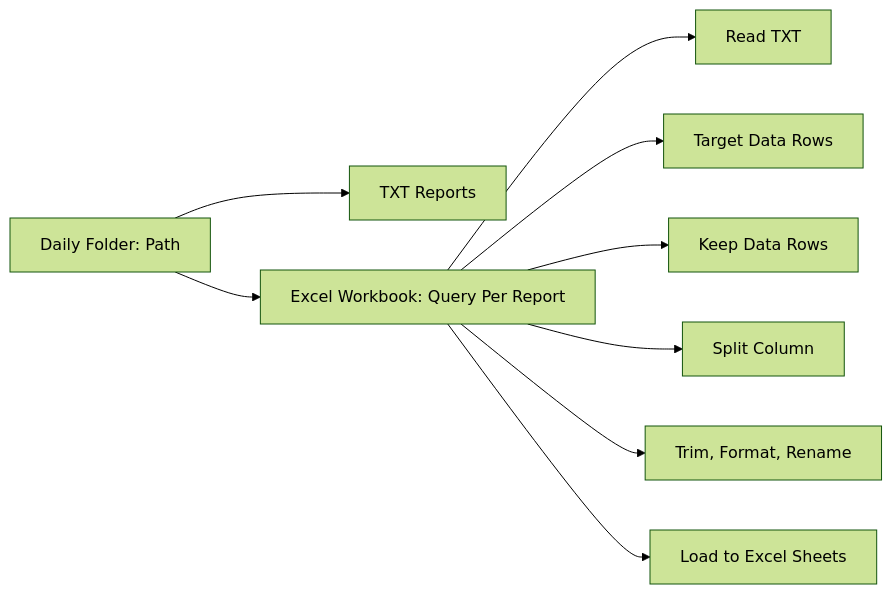
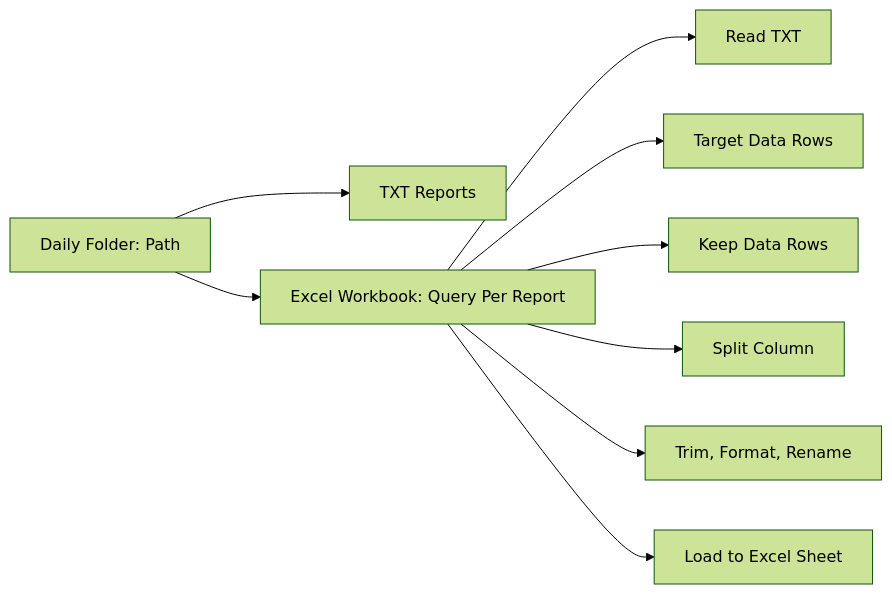
The diagram in README.md (Eddie-Zhu-IRL/banking-report-etl-powerquery), drawn with Mermaid (forest theme) before and after one commit. The commit also changed other lines of this file, not shown here.

````diff
--- a/README.md
+++ b/README.md
@@ -60,11 +59,11 @@
 ```mermaid
 graph LR;
 A[Daily&nbsp;Folder:&nbsp;Path] --> B[TXT Reports];
 A[Daily&nbsp;Folder:&nbsp;Path] --> C[Excel&nbsp;Workbook:&nbsp;Query&nbsp;Per&nbsp;Report];
 C[Excel&nbsp;Workbook:&nbsp;Query&nbsp;Per&nbsp;Report] --> D[Read TXT];
 C[Excel&nbsp;Workbook:&nbsp;Query&nbsp;Per&nbsp;Report] --> E[Target&nbsp;Data&nbsp;Rows];
 C[Excel&nbsp;Workbook:&nbsp;Query&nbsp;Per&nbsp;Report] --> F[Keep&nbsp;Data&nbsp;Rows];
 C[Excel&nbsp;Workbook:&nbsp;Query&nbsp;Per&nbsp;Report] --> G[Split Column];
 C[Excel&nbsp;Workbook:&nbsp;Query&nbsp;Per&nbsp;Report] --> H[Trim,&nbsp;Format,&nbsp;Rename];
-C[Excel&nbsp;Workbook:&nbsp;Query&nbsp;Per&nbsp;Report] --> I[Load&nbsp;to&nbsp;Excel&nbsp;Sheets]
+C[Excel&nbsp;Workbook:&nbsp;Query&nbsp;Per&nbsp;Report] --> I[Load&nbsp;to&nbsp;Excel&nbsp;Sheet]
 ```
````
